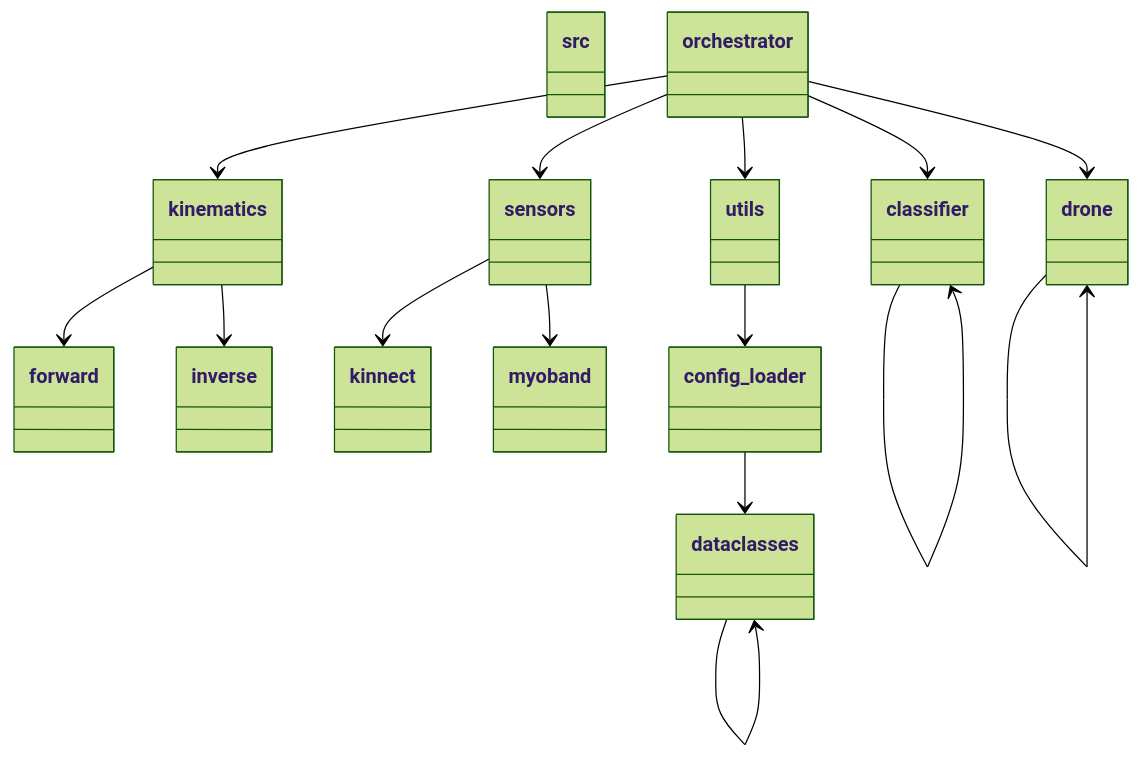
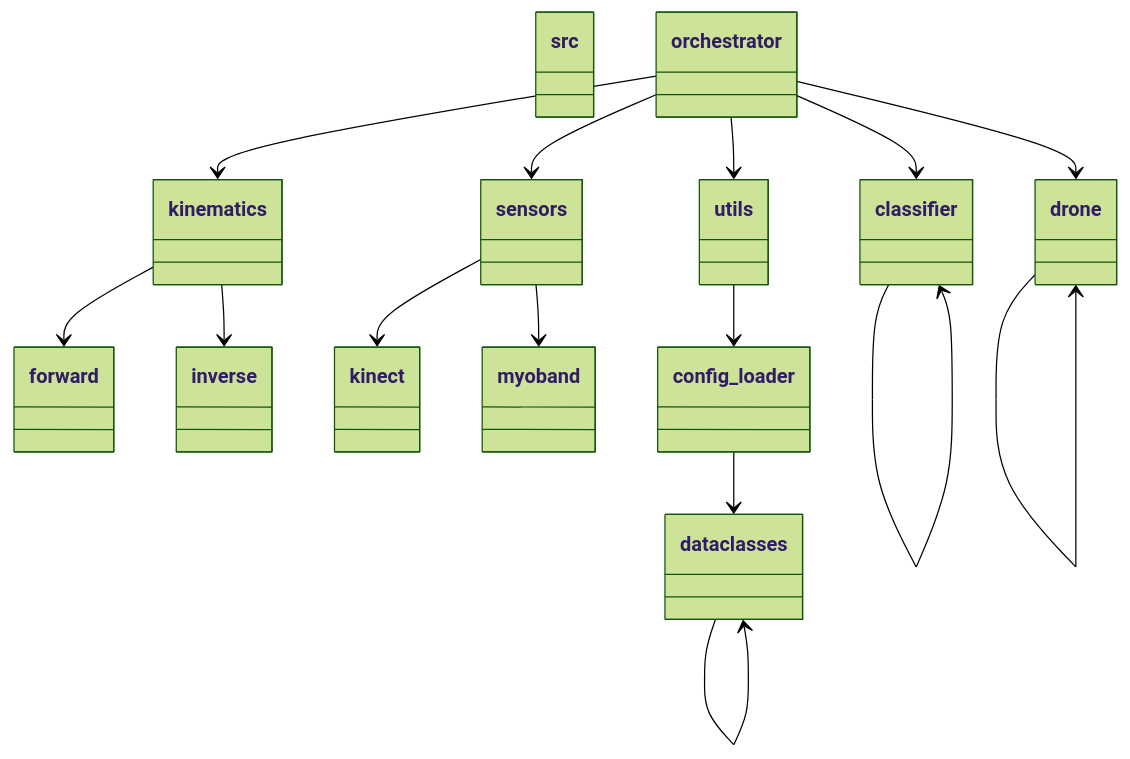
Before and after one commit to slesser6/myobotanica: the diagram in packages.mmd, drawn with Mermaid (forest theme). The commit also changed 12 other files, not shown here.

```diff
--- a/packages.mmd
+++ b/packages.mmd
@@ -1,45 +1,45 @@
 classDiagram
   class src {
   }
   class classifier {
   }
   class classifier {
   }
   class drone {
   }
   class drone {
   }
   class kinematics {
   }
   class forward {
   }
   class inverse {
   }
   class orchestrator {
   }
   class sensors {
   }
-  class kinnect {
+  class kinect {
   }
   class myoband {
   }
   class utils {
   }
   class config_loader {
   }
   class dataclasses {
   }
   classifier --> classifier
   drone --> drone
   kinematics --> forward
   kinematics --> inverse
   orchestrator --> classifier
   orchestrator --> drone
   orchestrator --> kinematics
   orchestrator --> sensors
   orchestrator --> utils
-  sensors --> kinnect
+  sensors --> kinect
   sensors --> myoband
   utils --> config_loader
   config_loader --> dataclasses
   dataclasses --> dataclasses
```
